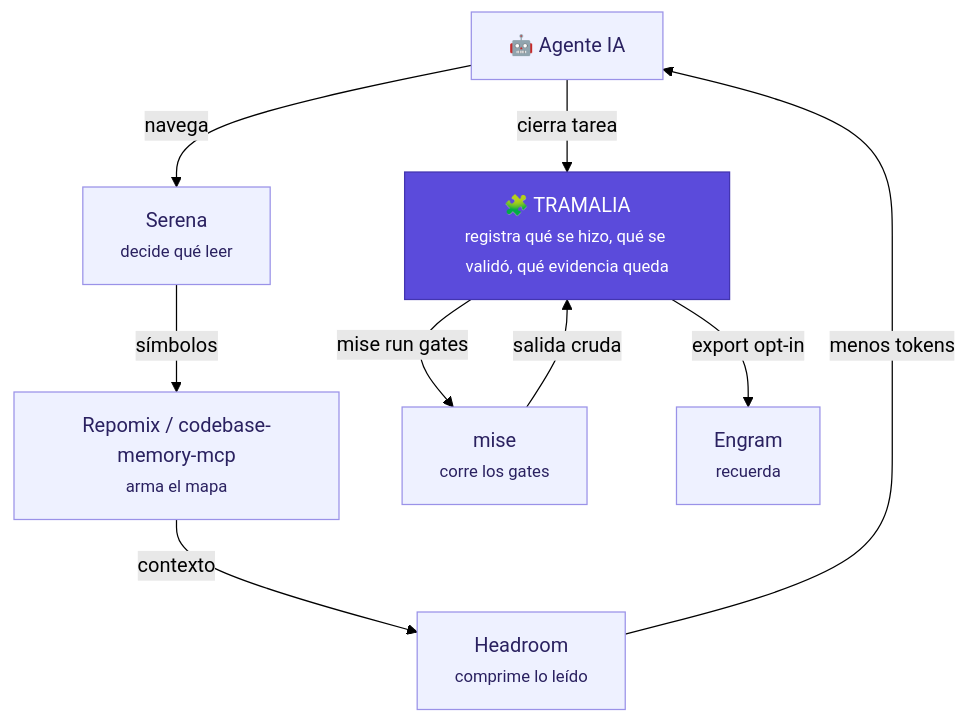
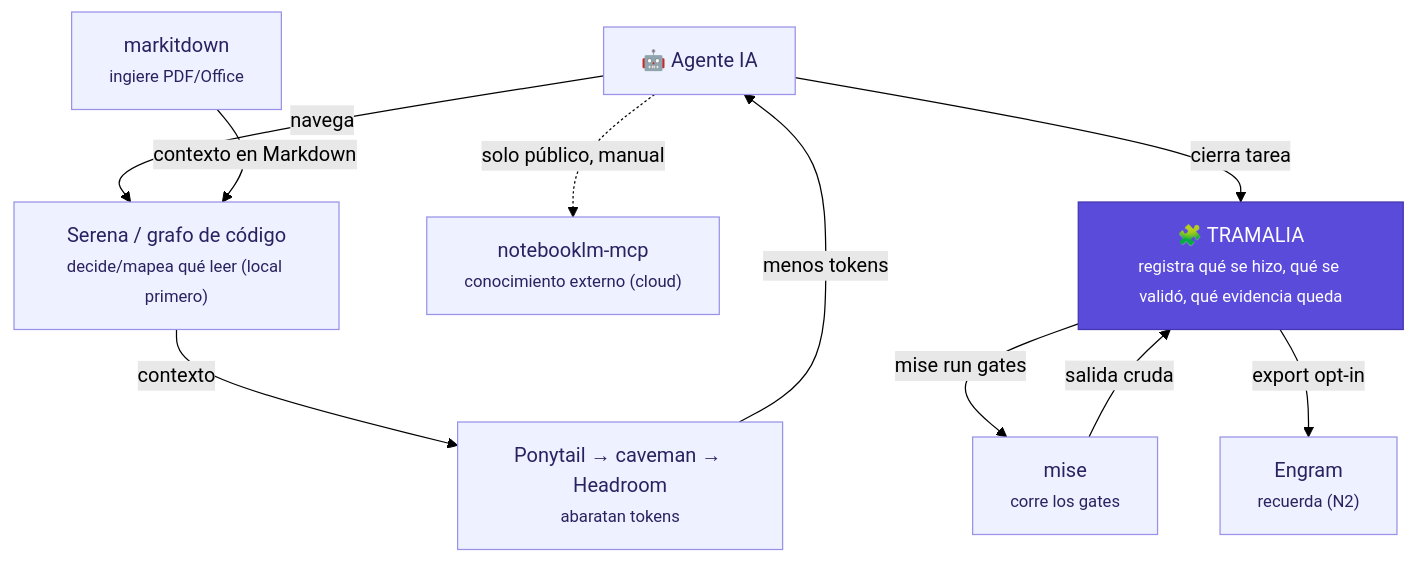
One commit to MscottB/tramalia changed the second of 2 diagrams in docs/interop.md. Above: the diagram before and after it, drawn with Mermaid (forest theme). The commit also changed other lines of this file and 21 other files, not shown here.

First line of the commit message:
docs: revisión completa — reflejar CodeGraph/Graphify/markitdown/notebooklm-mcp, i18n, horizontes y guardia de init

````diff
--- a/docs/interop.md
+++ b/docs/interop.md
@@ -42,22 +42,24 @@
 ```mermaid
 flowchart TB
     classDef core fill:#5b4bdb,stroke:#4335b0,color:#ffffff;
     classDef ext fill:#eef1ff,stroke:#9a92e8,color:#2a2160;
 
     AG["🤖 Agente IA"]:::ext
-    SR["Serena<br/><small>decide qué leer</small>"]:::ext
-    RP["Repomix / codebase-memory-mcp<br/><small>arma el mapa</small>"]:::ext
-    HR["Headroom<br/><small>comprime lo leído</small>"]:::ext
+    SR["Serena / grafo de código<br/><small>decide/mapea qué leer (local primero)</small>"]:::ext
+    MD["markitdown<br/><small>ingiere PDF/Office</small>"]:::ext
+    HR["Ponytail → caveman → Headroom<br/><small>abaratan tokens</small>"]:::ext
     MI["mise<br/><small>corre los gates</small>"]:::ext
-    EN["Engram<br/><small>recuerda</small>"]:::ext
+    EN["Engram<br/><small>recuerda (N2)</small>"]:::ext
+    KN["notebooklm-mcp<br/><small>conocimiento externo (cloud)</small>"]:::ext
     T["🧩 TRAMALIA<br/><small>registra qué se hizo, qué se validó, qué evidencia queda</small>"]:::core
 
     AG -->|navega| SR
-    SR -->|símbolos| RP
-    RP -->|contexto| HR
+    MD -->|contexto en Markdown| SR
+    SR -->|contexto| HR
     HR -->|menos tokens| AG
+    AG -.->|solo público, manual| KN
     AG -->|cierra tarea| T
     T -->|mise run gates| MI
     MI -->|salida cruda| T
     T -->|export opt-in| EN
 ```
````
